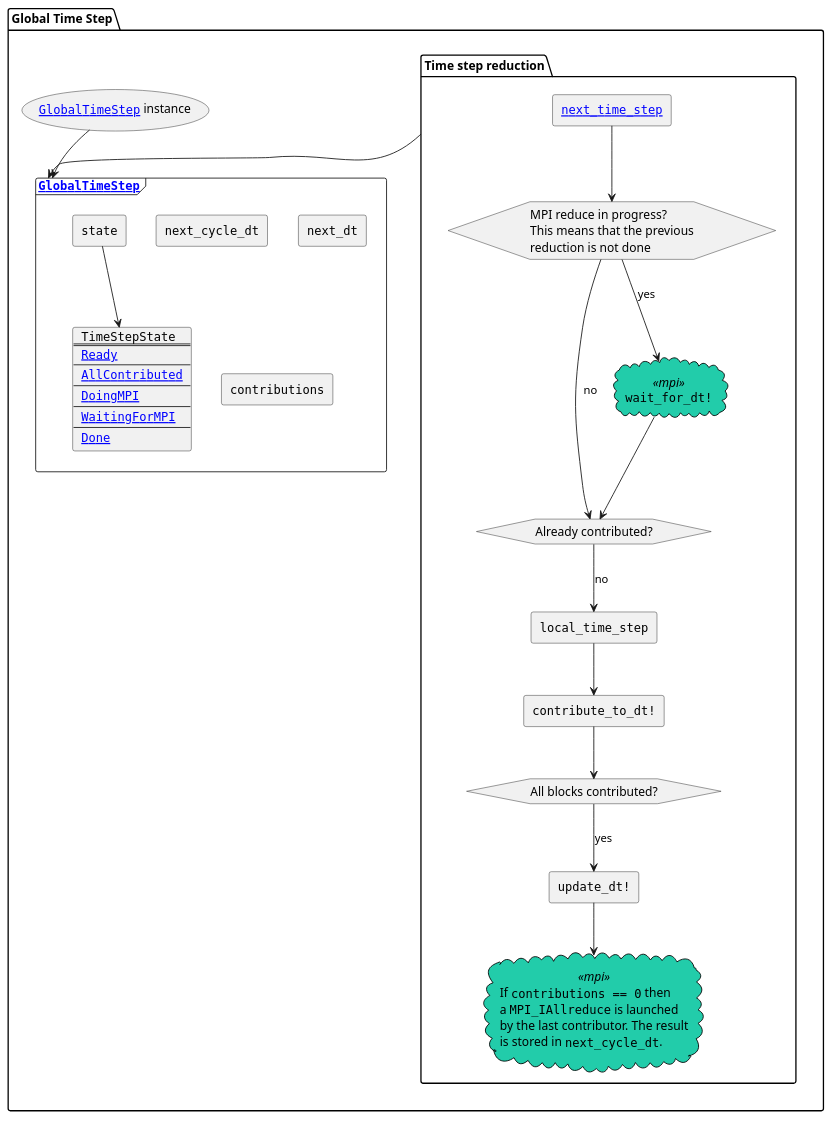
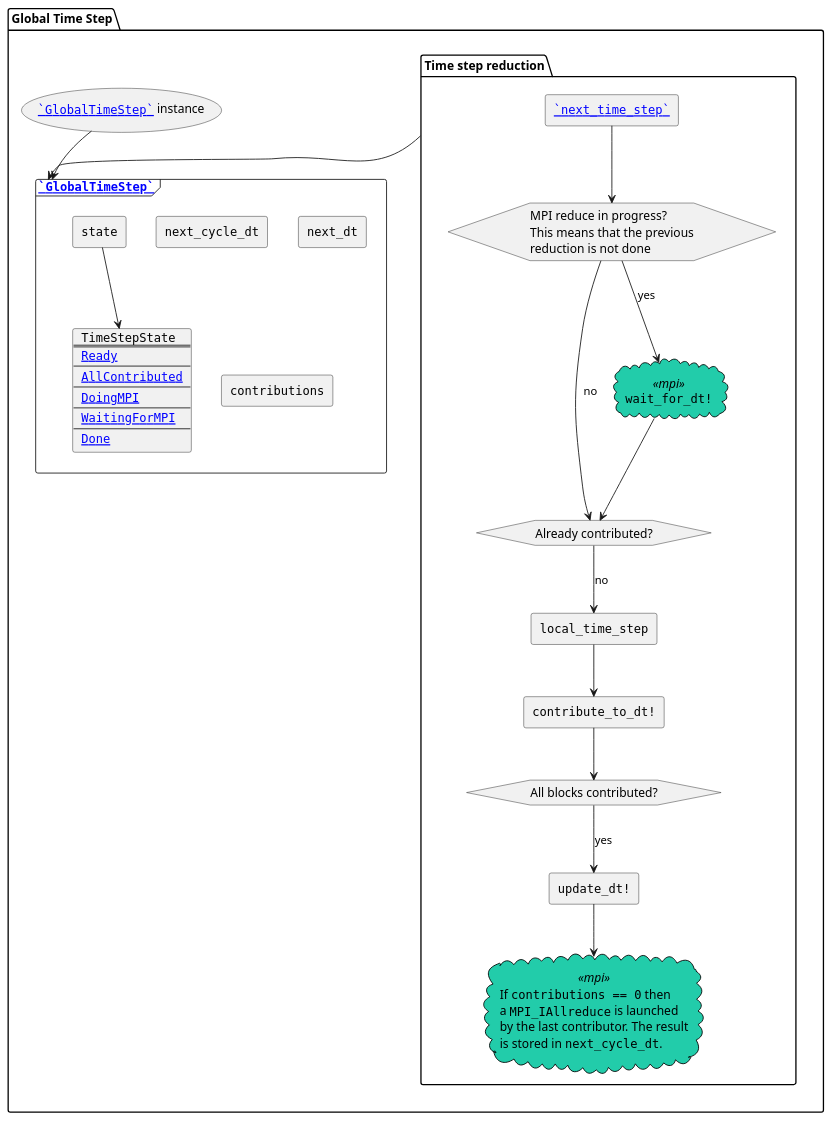
The diagram in previews/PR17/uml/global_time_step.puml (Keluaa/Armon.jl), drawn with PlantUML before and after one commit. The commit also changed 27 other files, not shown here.

```diff
--- a/previews/PR17/uml/global_time_step.puml
+++ b/previews/PR17/uml/global_time_step.puml
@@ -1,79 +1,79 @@
 @startuml Armon.jl#global_time_step
 
 <style>
 .mpi {
   BackGroundColor #22ccaa
   LineThickness 1
   LineColor black
 }
 
 .pause {
   BackGroundColor #ee1100
   LineThickness 1
   LineColor black
 }
 </style>
 
 package "Global Time Step" {
-    frame """[["[`GlobalTimeStep`](@ref)" GlobalTimeStep]]""" as global_time_step {
+    frame """[[`GlobalTimeStep`]]""" as global_time_step {
         rectangle """state""" as global_time_step_state
         rectangle """next_cycle_dt""" as global_time_step_next_cycle_dt
         rectangle """next_dt""" as global_time_step_next_dt
         rectangle """contributions""" as global_time_step_contributions
 
         card time_step_state [
             ""TimeStepState""
             ====
-            ""[["[`TimeStepState.Ready`](@ref)" Ready]]""
+            ""[[`TimeStepState.Ready` Ready]]""
             ----
-            ""[["[`TimeStepState.AllContributed`](@ref)" AllContributed]]""
+            ""[[`TimeStepState.AllContributed` AllContributed]]""
             ----
-            ""[["[`TimeStepState.DoingMPI`](@ref)" DoingMPI]]""
+            ""[[`TimeStepState.DoingMPI` DoingMPI]]""
             ----
-            ""[["[`TimeStepState.WaitingForMPI`](@ref)" WaitingForMPI]]""
+            ""[[`TimeStepState.WaitingForMPI` WaitingForMPI]]""
             ----
-            ""[["[`TimeStepState.Done`](@ref)" Done]]""
+            ""[[`TimeStepState.Done` Done]]""
         ]
 
         global_time_step_state --> time_step_state
     }
 
-    usecase """[["[`GlobalTimeStep`](@ref)" GlobalTimeStep]]"" instance" as global_time_step_instance
+    usecase """[[`GlobalTimeStep`]]"" instance" as global_time_step_instance
 
     package "Time step reduction" as pkg_blk_time_step {
-        rectangle """[["[`next_time_step`](@ref)" next_time_step]]""" as time_step_next_time_step
+        rectangle """[[`next_time_step`]]""" as time_step_next_time_step
         hexagon cond_time_step_wait [
             MPI reduce in progress?
             This means that the previous
             reduction is not done
         ]
         hexagon "Already contributed?" as cond_contribute_time_step
         rectangle """local_time_step""" as time_step_local
         rectangle """contribute_to_dt!""" as time_step_contribute
         hexagon "All blocks contributed?" as cond_time_step
         cloud """wait_for_dt!""" << mpi >> as time_step_wait
         rectangle """update_dt!""" as time_step_update
 
         cloud global_time_reduction << mpi >> [
             If ""contributions == 0"" then
             a ""MPI_IAllreduce"" is launched
             by the last contributor. The result
             is stored in ""next_cycle_dt"".
         ]
 
         time_step_next_time_step --> cond_time_step_wait
         cond_time_step_wait --> time_step_wait : yes
         cond_time_step_wait --> cond_contribute_time_step : no
         time_step_wait --> cond_contribute_time_step
         cond_contribute_time_step --> time_step_local : no
         time_step_local --> time_step_contribute
         time_step_contribute --> cond_time_step
         cond_time_step --> time_step_update : yes
         time_step_update --> global_time_reduction
     }
 
     pkg_blk_time_step --> global_time_step
     global_time_step_instance --> global_time_step
 }
 
 @enduml
```
